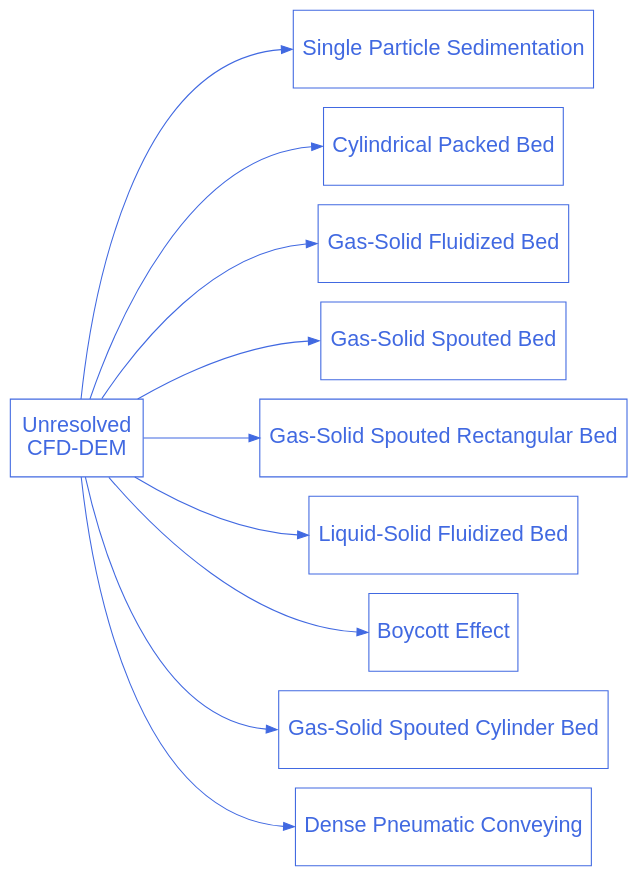
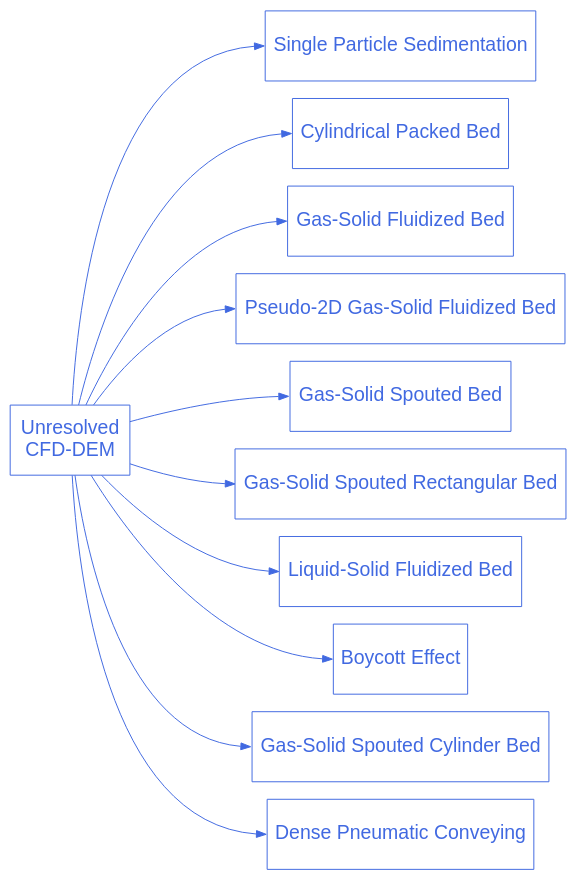
One commit to chaos-polymtl/lethe changed the diagram in doc/source/examples/unresolved-cfd-dem/unresolved-cfd-dem.rst. Above: the diagram before and after it, drawn with Graphviz. The commit also changed other lines of this file, not shown here.

Commit message:
add to doc tree

```diff
--- a/doc/source/examples/unresolved-cfd-dem/unresolved-cfd-dem.rst
+++ b/doc/source/examples/unresolved-cfd-dem/unresolved-cfd-dem.rst
@@ -22,39 +23,42 @@
 .. graphviz:: 
 
     digraph unresolved_cfd_dem_diagram {
       graph [bgcolor="transparent", align=true, ranksep=1.5];
       node [fontname=Arial, fontsize=20, shape=box, fontcolor=royalblue, color=royalblue, height=1];
       edge [color=royalblue];
       rankdir="LR";
       size = "9,9";
 
       unresolved_cfd_dem [label="Unresolved \nCFD-DEM", href="https://chaos-polymtl.github.io/lethe/documentation/examples/unresolved-cfd-dem/unresolved-cfd-dem.html"];
 
       cfd_dem_1 [label="Single Particle Sedimentation", href="https://chaos-polymtl.github.io/lethe/documentation/examples/unresolved-cfd-dem/single-particle-sedimentation/single-particle-sedimentation.html"];
 
       cfd_dem_2 [label="Cylindrical Packed Bed", href="https://chaos-polymtl.github.io/lethe/documentation/examples/unresolved-cfd-dem/cylindrical-packed-bed/cylindrical-packed-bed.html"];
 
       cfd_dem_3 [label="Gas-Solid Fluidized Bed", href="https://chaos-polymtl.github.io/lethe/documentation/examples/unresolved-cfd-dem/gas-solid-fluidized-bed/gas-solid-fluidized-bed.html"];
 
-      cfd_dem_4 [label="Gas-Solid Spouted Bed", href="https://chaos-polymtl.github.io/lethe/documentation/examples/unresolved-cfd-dem/gas-solid-spouted-bed/gas-solid-spouted-bed.html"];
+      cfd_dem_4 [label="Pseudo-2D Gas-Solid Fluidized Bed", href="https://chaos-polymtl.github.io/lethe/documentation/examples/unresolved-cfd-dem/pseudo-2d-gas-solid-fluidized-bed/pseudo-2d-gas-solid-fluidized-bed.html"];
 
-      cfd_dem_5 [label="Gas-Solid Spouted Rectangular Bed", href="https://chaos-polymtl.github.io/lethe/documentation/examples/unresolved-cfd-dem/gas-solid-spouted-rectangular-bed/gas-solid-spouted-rectangular-bed.html"];
+      cfd_dem_5 [label="Gas-Solid Spouted Bed", href="https://chaos-polymtl.github.io/lethe/documentation/examples/unresolved-cfd-dem/gas-solid-spouted-bed/gas-solid-spouted-bed.html"];
 
-      cfd_dem_6 [label="Liquid-Solid Fluidized Bed", href="https://chaos-polymtl.github.io/lethe/documentation/examples/unresolved-cfd-dem/liquid-solid-fluidized-bed/liquid-solid-fluidized-bed.html"];
+      cfd_dem_6 [label="Gas-Solid Spouted Rectangular Bed", href="https://chaos-polymtl.github.io/lethe/documentation/examples/unresolved-cfd-dem/gas-solid-spouted-rectangular-bed/gas-solid-spouted-rectangular-bed.html"];
 
-      cfd_dem_7 [label="Boycott Effect", href="https://chaos-polymtl.github.io/lethe/documentation/examples/unresolved-cfd-dem/boycott-effect/boycott-effect.html"];
+      cfd_dem_7 [label="Liquid-Solid Fluidized Bed", href="https://chaos-polymtl.github.io/lethe/documentation/examples/unresolved-cfd-dem/liquid-solid-fluidized-bed/liquid-solid-fluidized-bed.html"];
 
-      cfd_dem_8 [label="Gas-Solid Spouted Cylinder Bed", href="https://chaos-polymtl.github.io/lethe/documentation/examples/unresolved-cfd-dem/gas-solid-spouted-cylinder-bed/gas-solid-spouted-cylinder-bed.html"];
+      cfd_dem_8 [label="Boycott Effect", href="https://chaos-polymtl.github.io/lethe/documentation/examples/unresolved-cfd-dem/boycott-effect/boycott-effect.html"];
 
-      cfd_dem_9 [label="Dense Pneumatic Conveying", href="https://chaos-polymtl.github.io/lethe/documentation/examples/unresolved-cfd-dem/dense-pneumatic-conveying/dense-pneumatic-conveying.html"];
+      cfd_dem_9 [label="Gas-Solid Spouted Cylinder Bed", href="https://chaos-polymtl.github.io/lethe/documentation/examples/unresolved-cfd-dem/gas-solid-spouted-cylinder-bed/gas-solid-spouted-cylinder-bed.html"];
+
+      cfd_dem_10 [label="Dense Pneumatic Conveying", href="https://chaos-polymtl.github.io/lethe/documentation/examples/unresolved-cfd-dem/dense-pneumatic-conveying/dense-pneumatic-conveying.html"];
 
       unresolved_cfd_dem -> cfd_dem_1:w;
       unresolved_cfd_dem -> cfd_dem_2:w;
       unresolved_cfd_dem -> cfd_dem_3:w;
       unresolved_cfd_dem -> cfd_dem_4:w;
       unresolved_cfd_dem -> cfd_dem_5:w;
       unresolved_cfd_dem -> cfd_dem_6:w;
       unresolved_cfd_dem -> cfd_dem_7:w;
       unresolved_cfd_dem -> cfd_dem_8:w;
       unresolved_cfd_dem -> cfd_dem_9:w;
+      unresolved_cfd_dem -> cfd_dem_10:w;
     }
```
